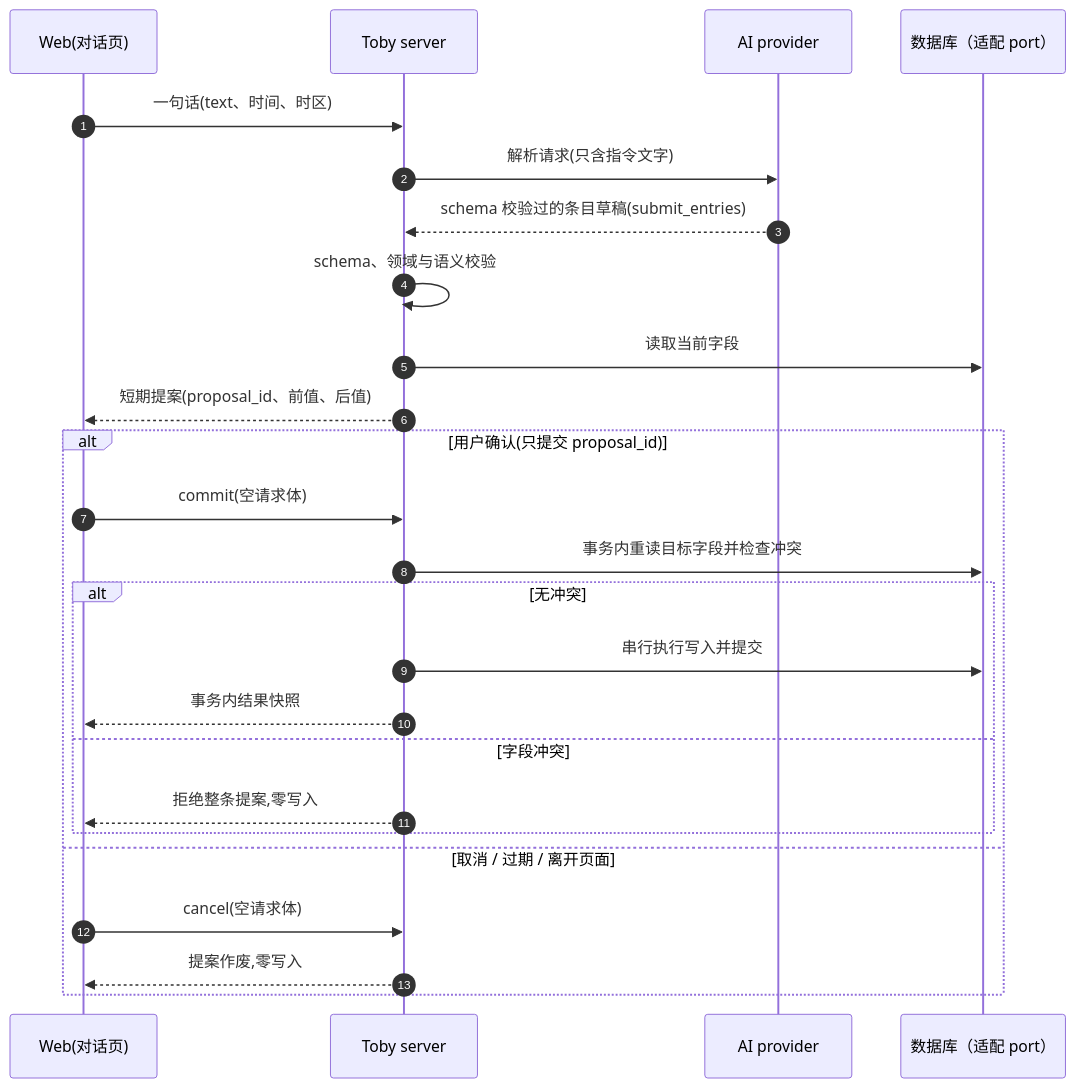
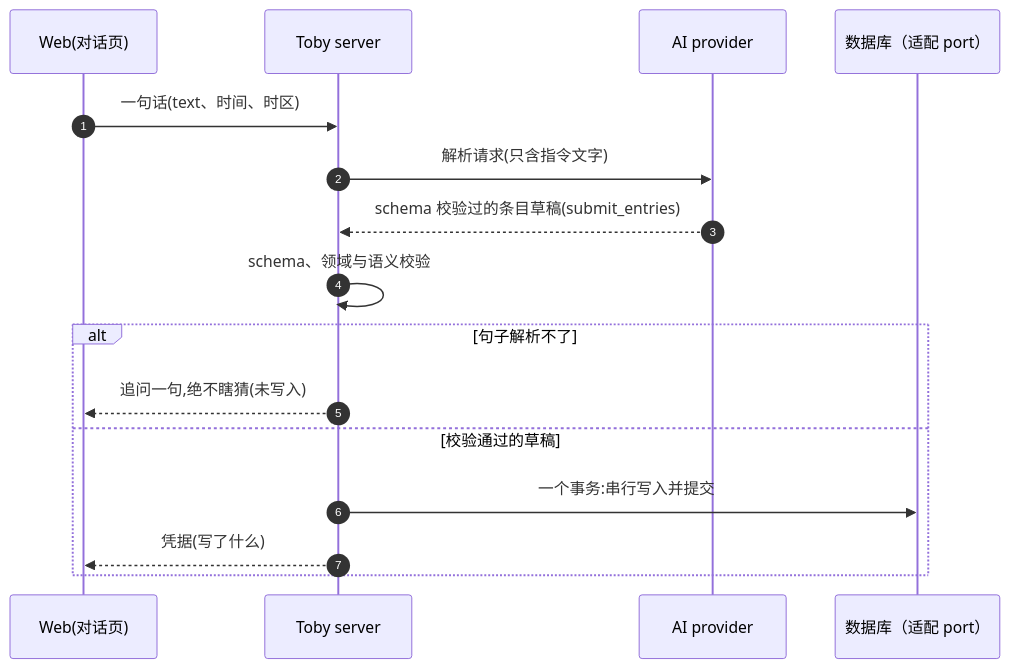
One commit to dengyusys/toby changed the second of 3 diagrams in docs/system-overview.zh.md. Above: the diagram before and after it, drawn with Mermaid. The commit also changed other lines of this file and 86 other files, not shown here.

````diff
--- a/docs/system-overview.zh.md
+++ b/docs/system-overview.zh.md
@@ -71,29 +71,19 @@
 ```mermaid
 sequenceDiagram
     autonumber
     participant W as Web(对话页)
     participant S as Toby server
     participant A as AI provider
     participant D as 数据库（适配 port）
 
     W->>S: 一句话(text、时间、时区)
     S->>A: 解析请求(只含指令文字)
     A-->>S: schema 校验过的条目草稿(submit_entries)
     S->>S: schema、领域与语义校验
-    S->>D: 读取当前字段
-    S-->>W: 短期提案(proposal_id、前值、后值)
-
-    alt 用户确认(只提交 proposal_id)
-        W->>S: commit(空请求体)
-        S->>D: 事务内重读目标字段并检查冲突
-        alt 无冲突
-            S->>D: 串行执行写入并提交
-            S-->>W: 事务内结果快照
-        else 字段冲突
-            S-->>W: 拒绝整条提案,零写入
-        end
-    else 取消 / 过期 / 离开页面
-        W->>S: cancel(空请求体)
-        S-->>W: 提案作废,零写入
+    alt 句子解析不了
+        S-->>W: 追问一句,绝不瞎猜(未写入)
+    else 校验通过的草稿
+        S->>D: 一个事务:串行写入并提交
+        S-->>W: 凭据(写了什么)
     end
 ```
````
